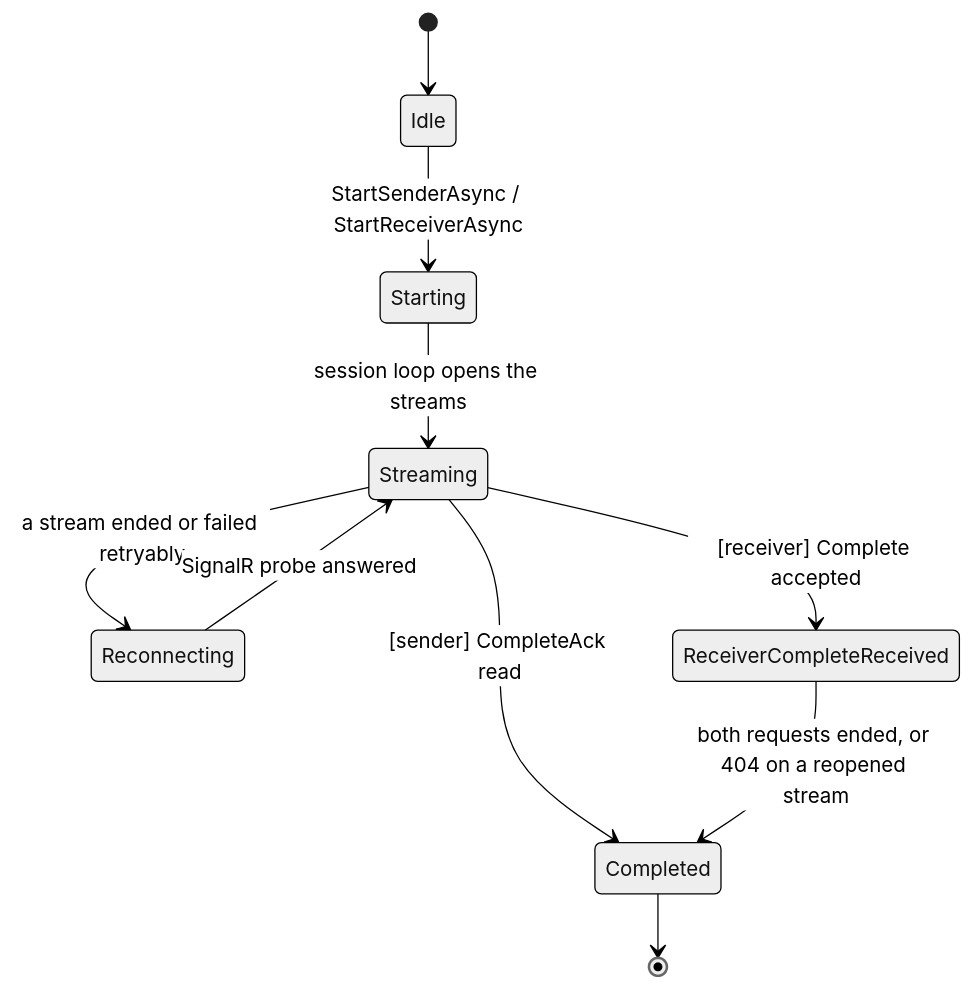
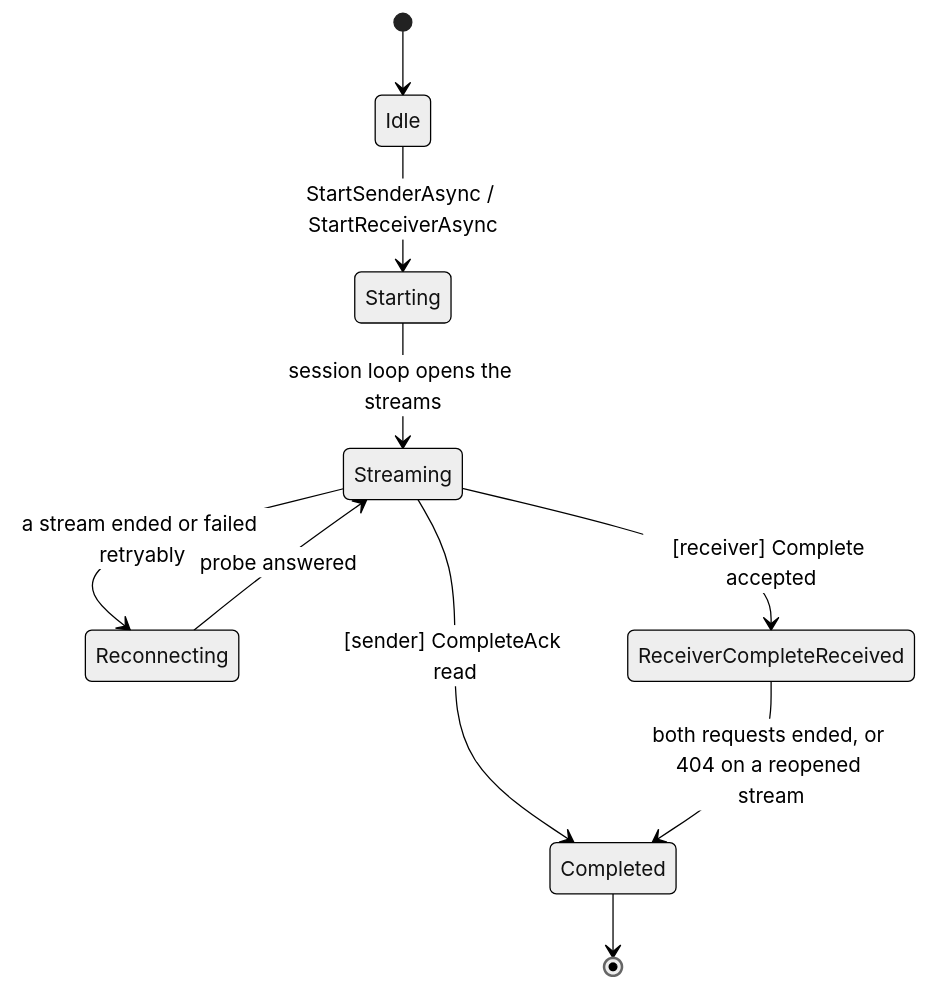
Before and after one commit to nicopon/transportr: the third of 3 diagrams in ResilienceArchitecture.md, drawn with Mermaid (neutral theme). The commit also changed other lines of this file and 9 other files, not shown here.

````diff
--- a/ResilienceArchitecture.md
+++ b/ResilienceArchitecture.md
@@ -327,12 +343,12 @@
 ```mermaid
 stateDiagram-v2
     [*] --> Idle
     Idle --> Starting: StartSenderAsync / StartReceiverAsync
     Starting --> Streaming: session loop opens the streams
     Streaming --> Reconnecting: a stream ended or failed retryably
-    Reconnecting --> Streaming: SignalR probe answered
+    Reconnecting --> Streaming: probe answered
     Streaming --> Completed: [sender] CompleteAck read
     Streaming --> ReceiverCompleteReceived: [receiver] Complete accepted
     ReceiverCompleteReceived --> Completed: both requests ended, or 404 on a reopened stream
     Completed --> [*]
 ```
````
